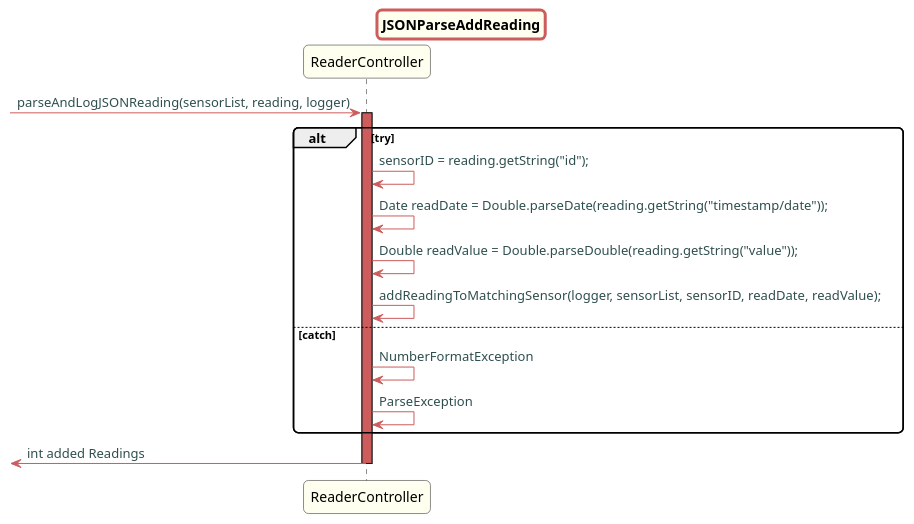
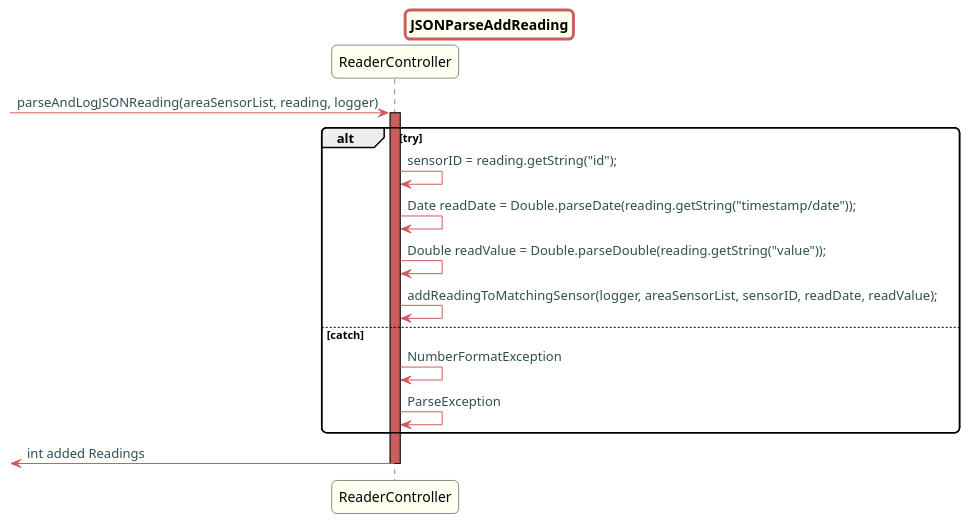
Before and after one commit to Almadanmp/project: the diagram in src/doc/Controllers/HouseConfiguration/US20v2/JSON/JSONParseAddReading.puml, drawn with PlantUML. The commit also changed 39 other files, not shown here.

Commit message:
REF#203 REF#197 renames SensorList to AreaSensorList

```diff
--- a/src/doc/Controllers/HouseConfiguration/US20v2/JSON/JSONParseAddReading.puml
+++ b/src/doc/Controllers/HouseConfiguration/US20v2/JSON/JSONParseAddReading.puml
@@ -1,45 +1,45 @@
 @startuml
 
 skinparam titleBorderRoundCorner 10
 skinparam titleBorderThickness 3
 skinparam titleBorderColor indianred
 skinparam titleBackgroundColor ivory
 skinparam FontName quicksand
 
 skinparam actor {
  	BorderColor indianred
  	}
 
  skinparam sequence {
  	LifeLineBackgroundColor indianred
  	ParticipantBackgroundColor ivory
  }
 
  skinparam roundcorner 10
 
  skinparam component {
    arrowThickness 1
    ArrowFontName Verdana
    ArrowColor indianred
    ArrowFontColor darkslategrey
  }
 
 
 title JSONParseAddReading
--> ReaderController: parseAndLogJSONReading(sensorList, reading, logger)
+-> ReaderController: parseAndLogJSONReading(areaSensorList, reading, logger)
 activate ReaderController
 
 alt try
 
 ReaderController -> ReaderController: sensorID = reading.getString("id");
 ReaderController -> ReaderController: Date readDate = Double.parseDate(reading.getString("timestamp/date"));
 ReaderController -> ReaderController: Double readValue = Double.parseDouble(reading.getString("value"));
-ReaderController -> ReaderController: addReadingToMatchingSensor(logger, sensorList, sensorID, readDate, readValue);
+ReaderController -> ReaderController: addReadingToMatchingSensor(logger, areaSensorList, sensorID, readDate, readValue);
 else catch
 ReaderController -> ReaderController: NumberFormatException
 ReaderController -> ReaderController: ParseException
 end
 <- ReaderController: int added Readings
 deactivate ReaderController
 
 @enduml
```
